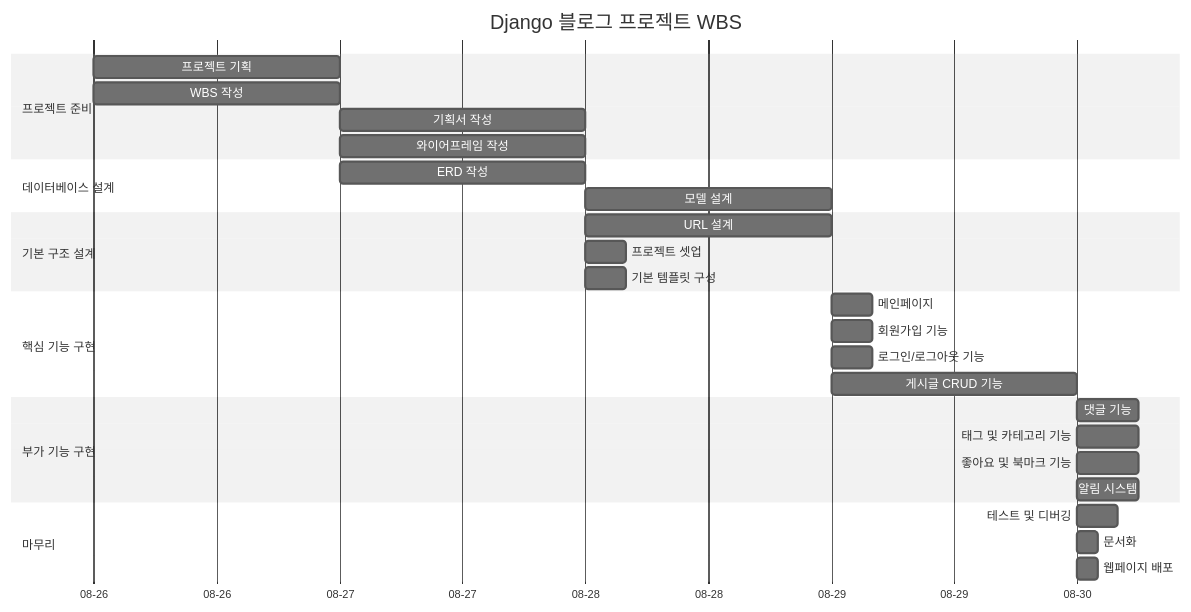
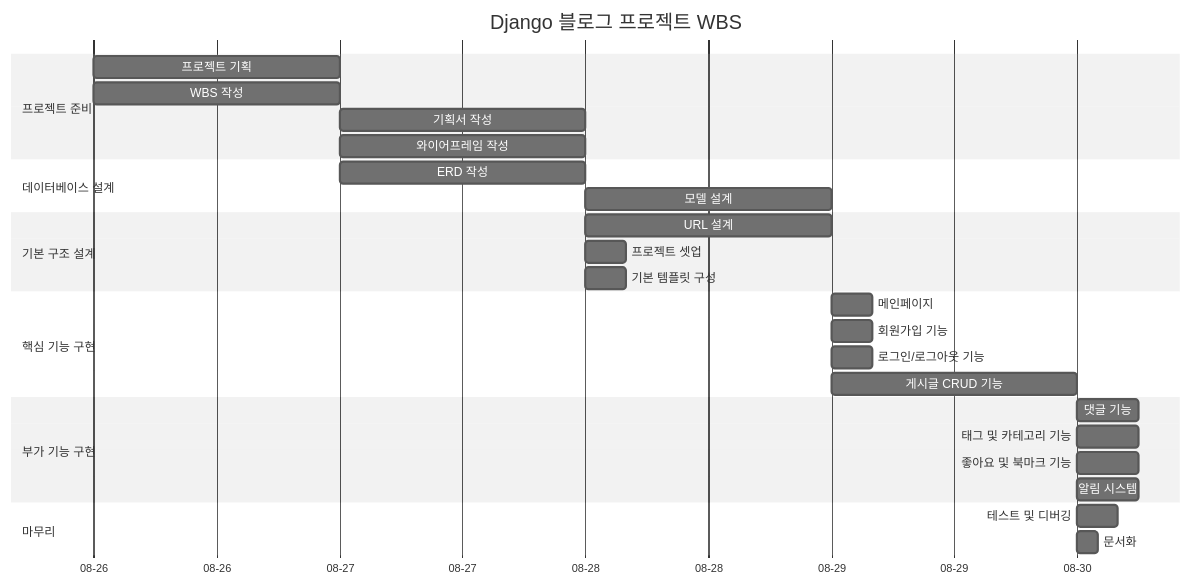
The first of 2 diagrams in README.md (Yoo117/Practice-Repository), drawn with Mermaid (neutral theme) before and after one commit.

Commit message:
README Update

````diff
--- a/README.md
+++ b/README.md
@@ -60,38 +60,37 @@
 ```mermaid
 gantt
     title Django 블로그 프로젝트 WBS
     dateFormat  YYYY-MM-DD
     axisFormat %m-%d
     
     section 프로젝트 준비
     프로젝트 기획       :2023-08-26, 1d
     WBS 작성            :2023-08-26, 1d
     기획서 작성         :2023-08-27, 1d
     와이어프레임 작성   :2023-08-27, 1d
     
     section 데이터베이스 설계
     ERD 작성            :2023-08-27, 1d
     모델 설계           :2023-08-28, 1d
     
     section 기본 구조 설계
     URL 설계            :2023-08-28, 1d
     프로젝트 셋업       :2023-08-28, 4h
     기본 템플릿 구성    :2023-08-28, 4h
     
     section 핵심 기능 구현
     메인페이지          :2023-08-29, 4h
     회원가입 기능       :2023-08-29, 4h
     로그인/로그아웃 기능:2023-08-29, 4h
     게시글 CRUD 기능    :2023-08-29, 1d
     
     section 부가 기능 구현
     댓글 기능           :2023-08-30, 6h
     태그 및 카테고리 기능:2023-08-30, 6h
     좋아요 및 북마크 기능:2023-08-30, 6h
     알림 시스템         :2023-08-30, 6h
     
     section 마무리
     테스트 및 디버깅    :2023-08-30, 4h
     문서화              :2023-08-30, 2h
-    웹페이지 배포       :2023-08-30, 2h
 ```
````
